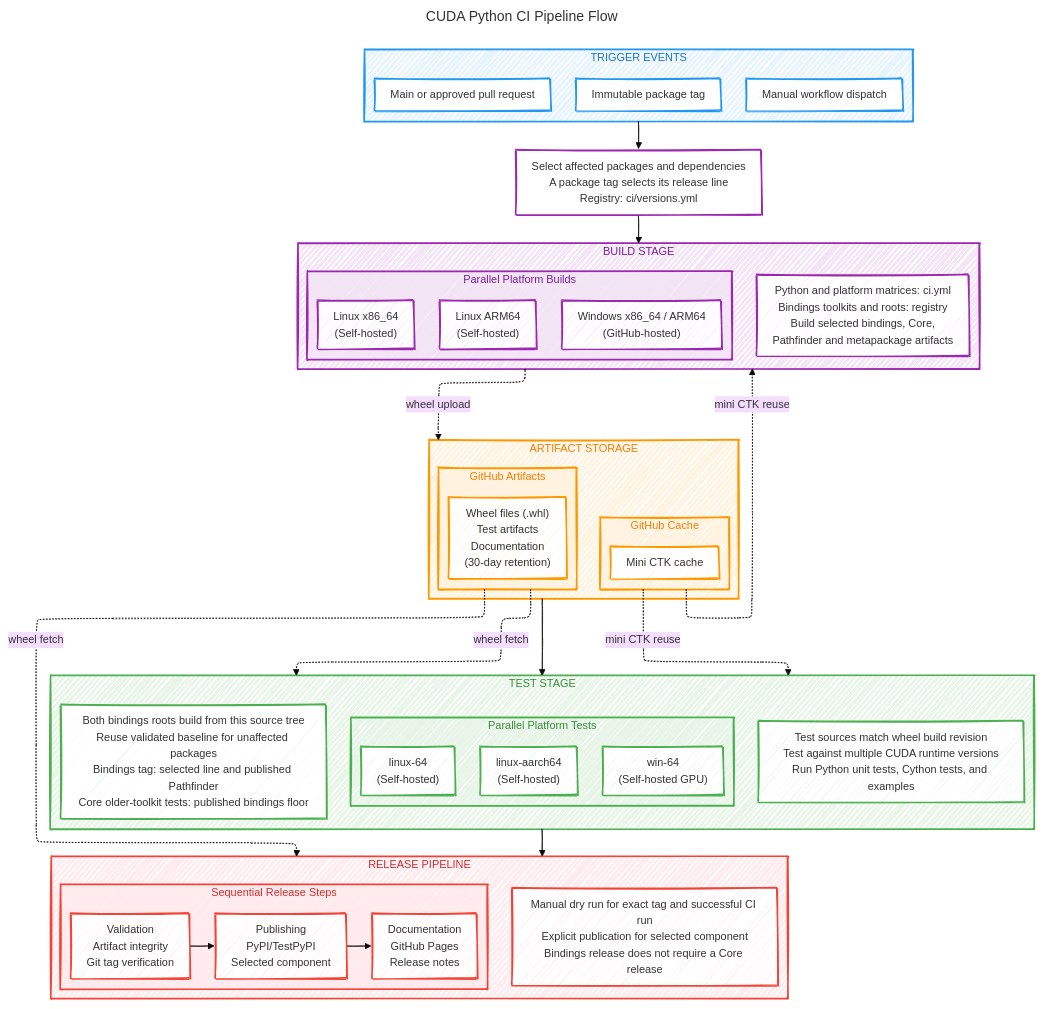
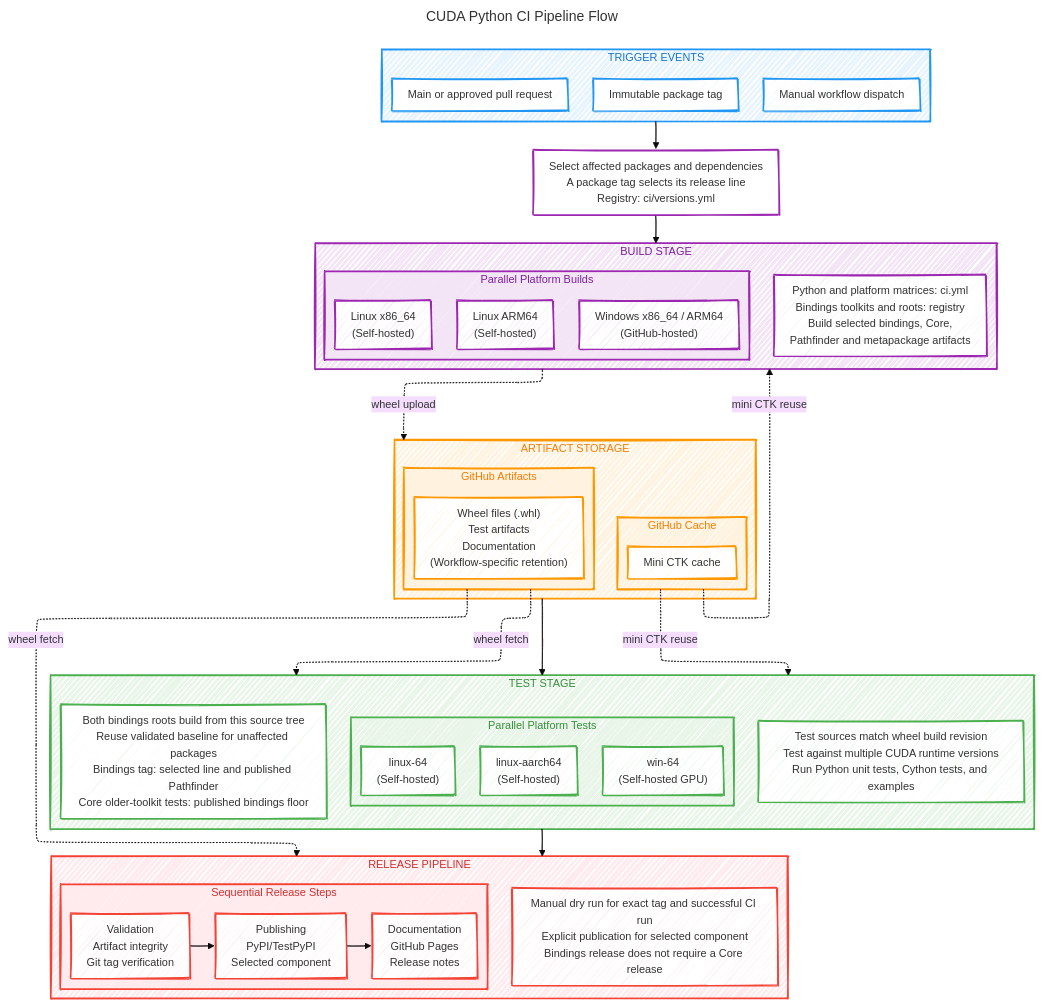
Before and after one commit to NVIDIA/cuda-python: the diagram in ci/ci-pipeline.mmd, drawn with Mermaid. The commit also changed 1 other file, not shown here.

Commit message:
Describe artifact retention as workflow-specific

```diff
--- a/ci/ci-pipeline.mmd
+++ b/ci/ci-pipeline.mmd
@@ -1,101 +1,101 @@
 ---
 # SPDX-FileCopyrightText: Copyright (c) 2026 NVIDIA CORPORATION & AFFILIATES. All rights reserved.
 # SPDX-License-Identifier: Apache-2.0
 title: CUDA Python CI Pipeline Flow
 config:
   theme: base
   look: handDrawn
   layout: elk
   handDrawnSeed: 2740
   deterministicIds: true
   deterministicIDSeed: cuda-python-ci-pipeline
   htmlLabels: true
   themeVariables:
     fontFamily: "Comic Sans MS, Comic Sans, cursive"
     fontSize: 14px
   flowchart:
     curve: basis
     diagramPadding: 8
     minNodeWidth: 140
     nodeSpacing: 24
     padding: 10
     rankSpacing: 48
     wrappingWidth: 300
 ---
 flowchart TB
     subgraph TRIGGER["TRIGGER EVENTS"]
         direction LR
         T1["Main or approved pull request"] ~~~ T2["Immutable package tag"] ~~~ T3["Manual workflow dispatch"]
     end
 
     PLAN["Select affected packages and dependencies<br/>A package tag selects its release line<br/>Registry: ci/versions.yml"]
 
     subgraph BUILD["BUILD STAGE"]
         direction TB
         subgraph BUILD_PLATFORMS["Parallel Platform Builds"]
             direction LR
             B1["Linux x86_64<br/>(Self-hosted)"] ~~~ B2["Linux ARM64<br/>(Self-hosted)"] ~~~ B3["Windows x86_64 / ARM64<br/>(GitHub-hosted)"]
         end
         BUILD_DETAILS["Python and platform matrices: ci.yml<br/>Bindings toolkits and roots: registry<br/>Build selected bindings, Core,<br/>Pathfinder and metapackage artifacts"]
     end
 
     subgraph ARTIFACTS["ARTIFACT STORAGE"]
         direction TB
         subgraph GITHUB_ARTIFACTS["GitHub Artifacts"]
-            GA1["Wheel files (.whl)<br/>Test artifacts<br/>Documentation<br/>(30-day retention)"]
+            GA1["Wheel files (.whl)<br/>Test artifacts<br/>Documentation<br/>(Workflow-specific retention)"]
         end
         subgraph GITHUB_CACHE["GitHub Cache"]
             GC1["Mini CTK cache"]
         end
     end
 
     subgraph TEST["TEST STAGE"]
         direction TB
         subgraph TEST_PLATFORMS["Parallel Platform Tests"]
             direction LR
             TS1["linux-64<br/>(Self-hosted)"] ~~~ TS2["linux-aarch64<br/>(Self-hosted)"] ~~~ TS3["win-64<br/>(Self-hosted GPU)"]
         end
         TEST_DETAILS["Test sources match wheel build revision<br/>Test against multiple CUDA runtime versions<br/>Run Python unit tests, Cython tests, and examples"]
         ARTIFACT_FLOWS["Both bindings roots build from this source tree<br/>Reuse validated baseline for unaffected packages<br/>Bindings tag: selected line and published Pathfinder<br/>Core older-toolkit tests: published bindings floor"]
     end
 
     subgraph RELEASE["RELEASE PIPELINE"]
         direction TB
         subgraph RELEASE_STAGES["Sequential Release Steps"]
             direction LR
             R1["Validation<br/>Artifact integrity<br/>Git tag verification"] --> R2["Publishing<br/>PyPI/TestPyPI<br/>Selected component"] --> R3["Documentation<br/>GitHub Pages<br/>Release notes"]
         end
         RELEASE_DETAILS["Manual dry run for exact tag and successful CI run<br/>Explicit publication for selected component<br/>Bindings release does not require a Core release"]
     end
 
     TRIGGER --> PLAN --> BUILD
     BUILD -. "wheel upload" .-> ARTIFACTS
     ARTIFACTS --> TEST
     TEST --> RELEASE
 
     GITHUB_CACHE -. "mini CTK reuse" .-> BUILD
     GITHUB_CACHE -. "mini CTK reuse" .-> TEST
     GITHUB_ARTIFACTS -. "wheel fetch" .-> TEST
     GITHUB_ARTIFACTS -. "wheel fetch" .-> RELEASE
 
     classDef triggerStyle fill:#e8f4fd,stroke:#2196F3,stroke-width:2px,color:#1976D2
     classDef triggerNodeStyle fill:#ffffff,stroke:#2196F3,stroke-width:2px,color:#333333
     classDef buildStyle fill:#f3e5f5,stroke:#9C27B0,stroke-width:2px,color:#7B1FA2
     classDef buildNodeStyle fill:#ffffff,stroke:#9C27B0,stroke-width:2px,color:#333333
     classDef artifactStyle fill:#fff3e0,stroke:#FF9800,stroke-width:2px,color:#F57C00
     classDef artifactNodeStyle fill:#ffffff,stroke:#FF9800,stroke-width:2px,color:#333333
     classDef testStyle fill:#e8f5e8,stroke:#4CAF50,stroke-width:2px,color:#388E3C
     classDef testNodeStyle fill:#ffffff,stroke:#4CAF50,stroke-width:2px,color:#333333
     classDef releaseStyle fill:#ffebee,stroke:#f44336,stroke-width:2px,color:#D32F2F
     classDef releaseNodeStyle fill:#ffffff,stroke:#f44336,stroke-width:2px,color:#333333
 
     class TRIGGER triggerStyle
     class T1,T2,T3 triggerNodeStyle
     class BUILD,BUILD_PLATFORMS buildStyle
     class PLAN,B1,B2,B3,BUILD_DETAILS buildNodeStyle
     class ARTIFACTS,GITHUB_ARTIFACTS,GITHUB_CACHE artifactStyle
     class GA1,GC1 artifactNodeStyle
     class TEST,TEST_PLATFORMS testStyle
     class TS1,TS2,TS3,TEST_DETAILS,ARTIFACT_FLOWS testNodeStyle
     class RELEASE,RELEASE_STAGES releaseStyle
     class R1,R2,R3,RELEASE_DETAILS releaseNodeStyle
```
